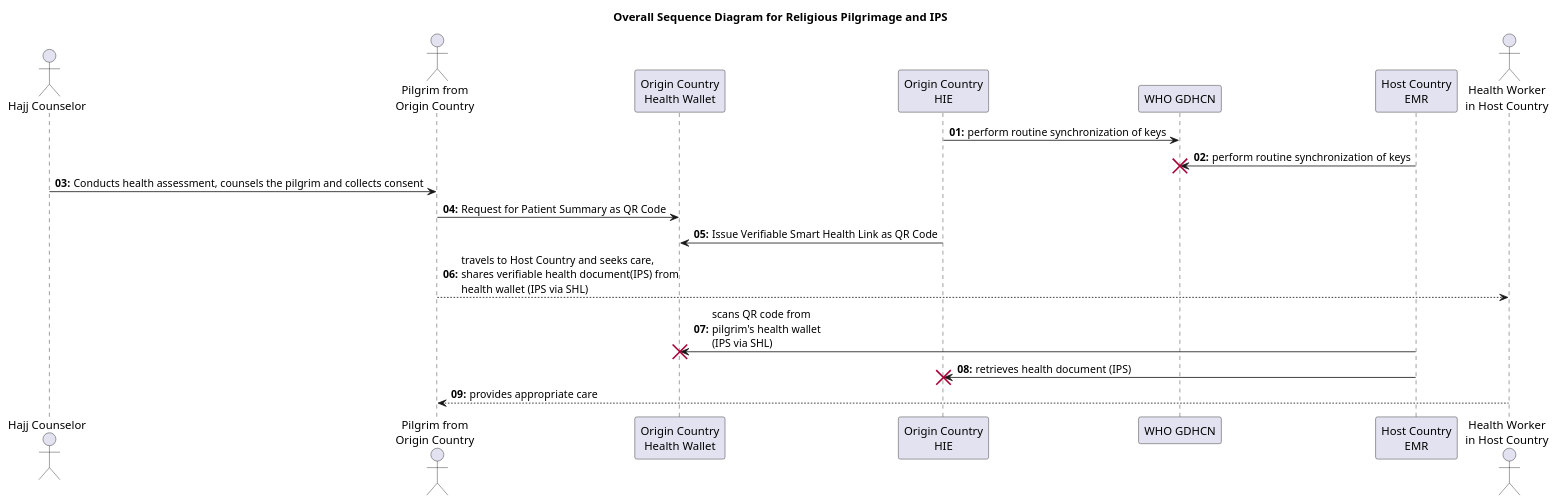
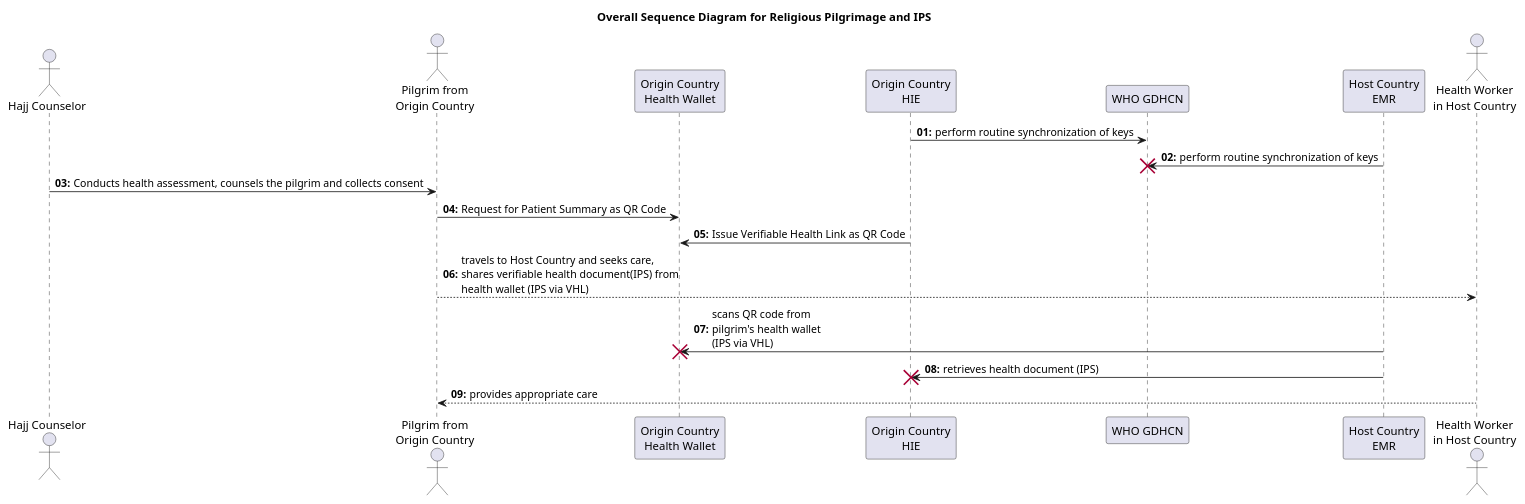
The diagram in input/images-source/sequence.plantuml (mtavhel-tsch/smart-ips-pilgrimage), drawn with PlantUML before and after one commit. The commit also changed 25 other files, not shown here.

Commit message:
move away from SHL to VHL language where appropraite.

```diff
--- a/input/images-source/sequence.plantuml
+++ b/input/images-source/sequence.plantuml
@@ -1,33 +1,33 @@
 @startuml
 skinparam svgDimensionStyle false
 
 title Overall Sequence Diagram for Religious Pilgrimage and IPS
 
 actor "Hajj Counselor" as C
 actor "Pilgrim from\nOrigin Country" as P
 participant "Origin Country\nHealth Wallet" as OC
 participant "Origin Country\nHIE" as OCHIE
 participant "WHO GDHCN" as WHO
 participant "Host Country\nEMR" as HCEMR
 actor "Health Worker\nin Host Country" as HW
 
 autonumber "<b>00:</b>"
 
 
 OCHIE -> WHO: perform routine synchronization of keys
 HCEMR -> WHO : perform routine synchronization of keys
 destroy WHO
 
 C -> P : Conducts health assessment, counsels the pilgrim and collects consent
 P -> OC : Request for Patient Summary as QR Code
-OCHIE -> OC : Issue Verifiable Smart Health Link as QR Code
+OCHIE -> OC : Issue Verifiable Health Link as QR Code
 
-P --> HW: travels to Host Country and seeks care,\nshares verifiable health document(IPS) from\nhealth wallet (IPS via SHL)
-HCEMR -> OC: scans QR code from\npilgrim's health wallet\n(IPS via SHL)
+P --> HW: travels to Host Country and seeks care,\nshares verifiable health document(IPS) from\nhealth wallet (IPS via VHL)
+HCEMR -> OC: scans QR code from\npilgrim's health wallet\n(IPS via VHL)
 destroy OC
 HCEMR  -> OCHIE : retrieves health document (IPS)
 destroy OCHIE
  
 HW --> P: provides appropriate care
 
 @enduml
```
